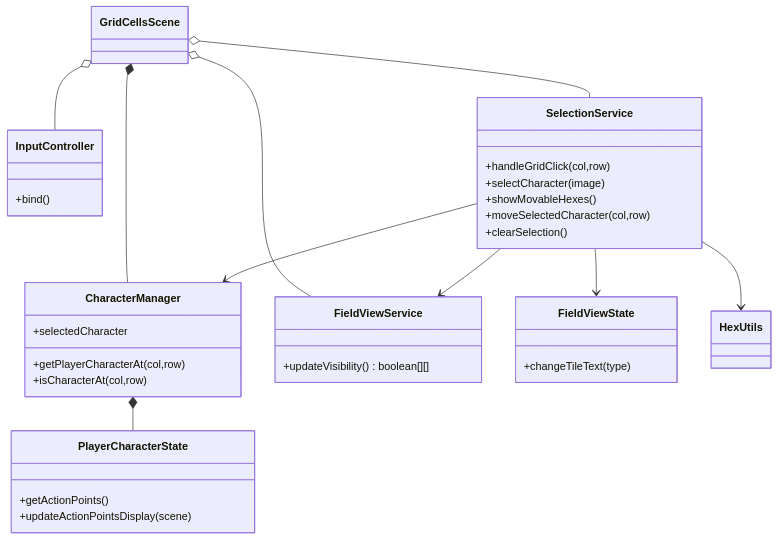
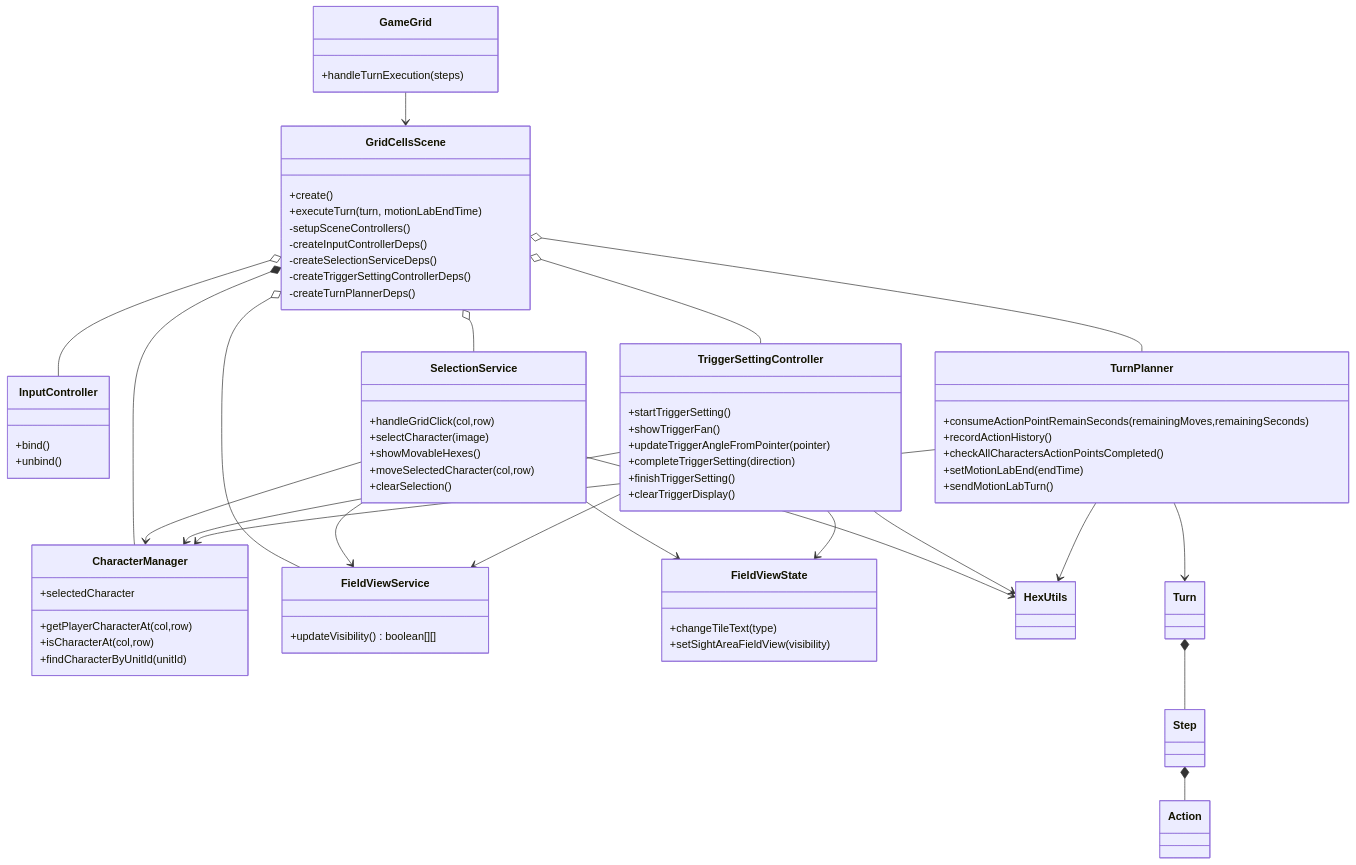
Before and after one commit to pandapan-cute/TriggerGameCompose: the first of 2 diagrams in docs/03_詳細設計/クラス図/フロント_ゲーム関連クラス図.md, drawn with Mermaid. The commit also changed other lines of this file and 11 other files, not shown here.

````diff
--- a/docs/03_詳細設計/クラス図/フロント_ゲーム関連クラス図.md
+++ b/docs/03_詳細設計/クラス図/フロント_ゲーム関連クラス図.md
@@ -9,10 +29,25 @@
 ```mermaid
 classDiagram
 
-class GridCellsScene
+class GameGrid {
+  +handleTurnExecution(steps)
+}
+
+class GridCellsScene {
+  +create()
+  +executeTurn(turn, motionLabEndTime)
+  -setupSceneControllers()
+  -createInputControllerDeps()
+  -createSelectionServiceDeps()
+  -createTriggerSettingControllerDeps()
+  -createTurnPlannerDeps()
+}
+
 class InputController {
   +bind()
+  +unbind()
 }
+
 class SelectionService {
   +handleGridClick(col,row)
   +selectCharacter(image)
@@ -20,32 +55,67 @@
   +moveSelectedCharacter(col,row)
   +clearSelection()
 }
+
+class TriggerSettingController {
+  +startTriggerSetting()
+  +showTriggerFan()
+  +updateTriggerAngleFromPointer(pointer)
+  +completeTriggerSetting(direction)
+  +finishTriggerSetting()
+  +clearTriggerDisplay()
+}
+
+class TurnPlanner {
+  +consumeActionPointRemainSeconds(remainingMoves,remainingSeconds)
+  +recordActionHistory()
+  +checkAllCharactersActionPointsCompleted()
+  +setMotionLabEnd(endTime)
+  +sendMotionLabTurn()
+}
+
 class CharacterManager {
   +selectedCharacter
   +getPlayerCharacterAt(col,row)
   +isCharacterAt(col,row)
+  +findCharacterByUnitId(unitId)
 }
-class PlayerCharacterState {
-  +getActionPoints()
-  +updateActionPointsDisplay(scene)
-}
+
 class FieldViewService {
   +updateVisibility() boolean[][]
 }
+
 class FieldViewState {
   +changeTileText(type)
+  +setSightAreaFieldView(visibility)
 }
+
 class HexUtils
+class Turn
+class Step
+class Action
 
+GameGrid --> GridCellsScene
 GridCellsScene o-- InputController
 GridCellsScene o-- SelectionService
+GridCellsScene o-- TriggerSettingController
+GridCellsScene o-- TurnPlanner
+GridCellsScene o-- FieldViewService
 GridCellsScene *-- CharacterManager
-GridCellsScene o-- FieldViewService
 
 SelectionService --> CharacterManager
 SelectionService --> FieldViewState
+SelectionService --> FieldViewService
 SelectionService --> HexUtils
-SelectionService --> FieldViewService
 
-CharacterManager *-- PlayerCharacterState
+TriggerSettingController --> CharacterManager
+TriggerSettingController --> FieldViewState
+TriggerSettingController --> FieldViewService
+TriggerSettingController --> HexUtils
+
+TurnPlanner --> CharacterManager
+TurnPlanner --> Turn
+TurnPlanner --> HexUtils
+
+Turn *-- Step
+Step *-- Action
 ```
````
